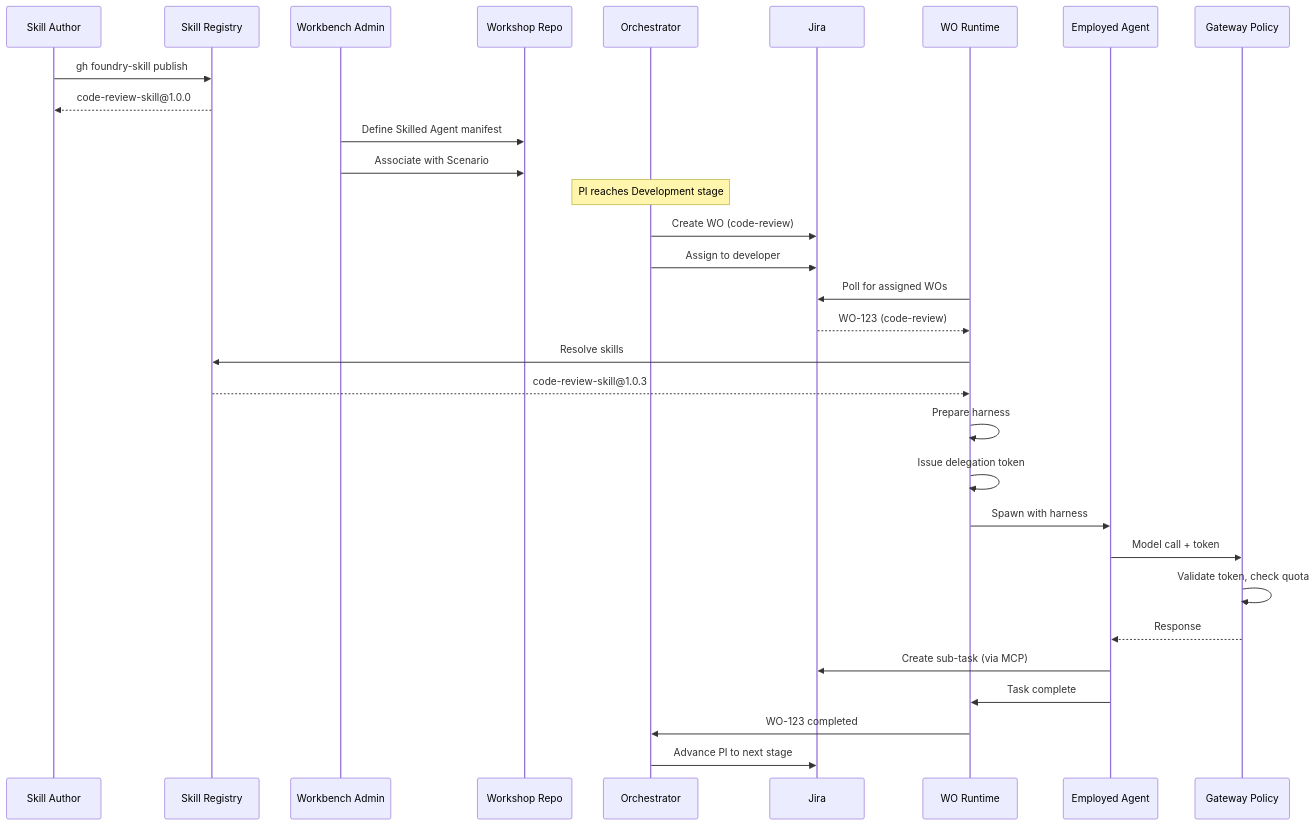
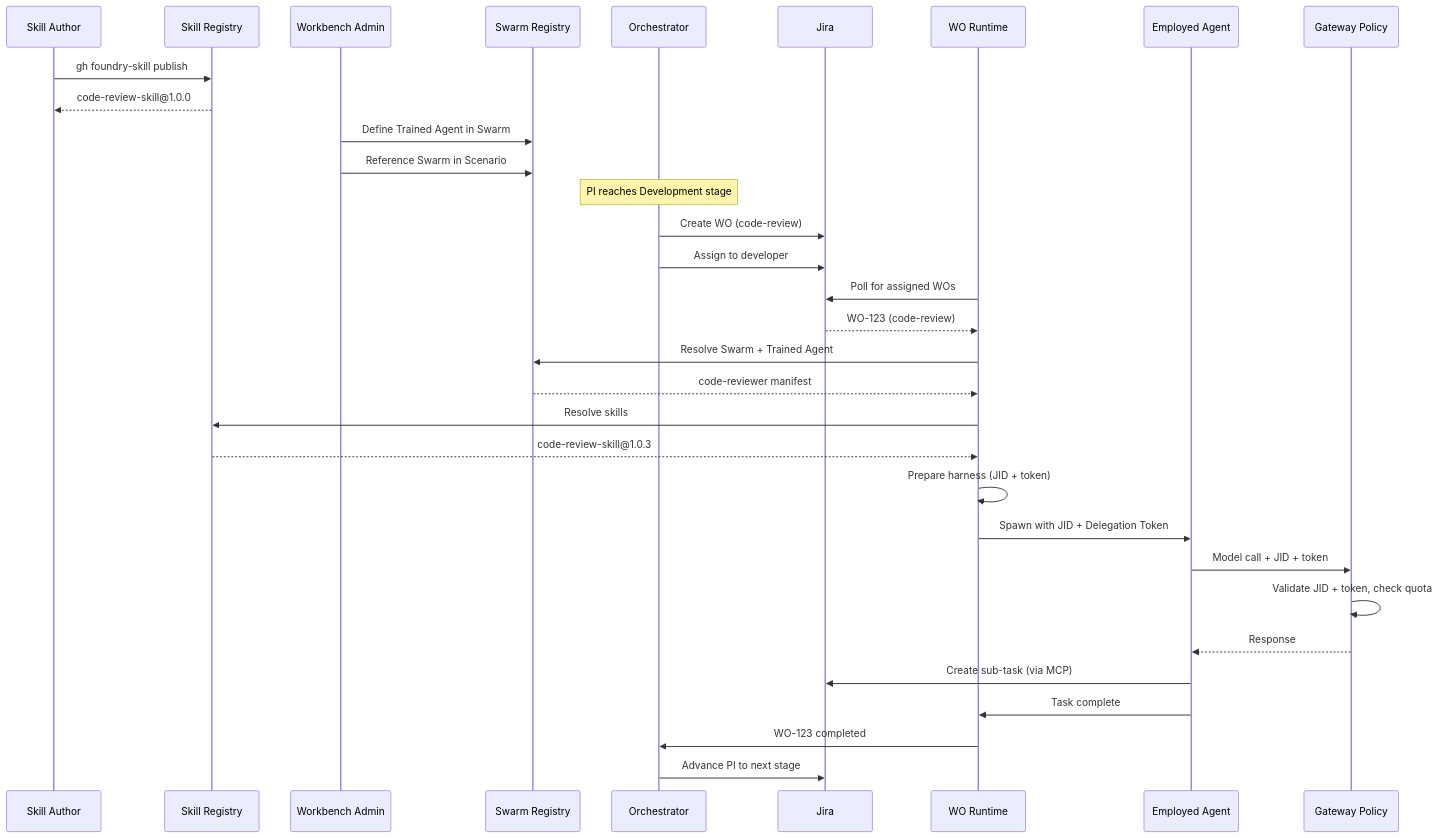
The second of 2 diagrams in foundry/foundry-platform/agent-fabric/user-guide/agent-lifecycle.md (gramki/temp-website), drawn with Mermaid before and after one commit. The commit also changed other lines of this file and 10 other files, not shown here.

First line of the commit message:
docs(agent-fabric): update guides with Swarm and terminology changes

````diff
--- a/foundry/foundry-platform/agent-fabric/user-guide/agent-lifecycle.md
+++ b/foundry/foundry-platform/agent-fabric/user-guide/agent-lifecycle.md
@@ -426,42 +440,44 @@
 ```mermaid
 sequenceDiagram
     participant Author as Skill Author
     participant Registry as Skill Registry
     participant Admin as Workbench Admin
-    participant Workshop as Workshop Repo
+    participant Swarms as Swarm Registry
     participant Orch as Orchestrator
     participant Jira as Jira
     participant WOR as WO Runtime
     participant Agent as Employed Agent
     participant Gateway as Gateway Policy
 
     Author->>Registry: gh foundry-skill publish
     Registry-->>Author: code-review-skill@1.0.0
 
-    Admin->>Workshop: Define Skilled Agent manifest
-    Admin->>Workshop: Associate with Scenario
+    Admin->>Swarms: Define Trained Agent in Swarm
+    Admin->>Swarms: Reference Swarm in Scenario
 
     Note over Orch: PI reaches Development stage
     Orch->>Jira: Create WO (code-review)
     Orch->>Jira: Assign to developer
 
     WOR->>Jira: Poll for assigned WOs
     Jira-->>WOR: WO-123 (code-review)
     
+    WOR->>Swarms: Resolve Swarm + Trained Agent
+    Swarms-->>WOR: code-reviewer manifest
+    
     WOR->>Registry: Resolve skills
     Registry-->>WOR: code-review-skill@1.0.3
     
-    WOR->>WOR: Prepare harness
-    WOR->>WOR: Issue delegation token
-    WOR->>Agent: Spawn with harness
+    WOR->>WOR: Prepare harness (JID + token)
+    WOR->>Agent: Spawn with JID + Delegation Token
 
-    Agent->>Gateway: Model call + token
-    Gateway->>Gateway: Validate token, check quota
+    Agent->>Gateway: Model call + JID + token
+    Gateway->>Gateway: Validate JID + token, check quota
     Gateway-->>Agent: Response
 
     Agent->>Jira: Create sub-task (via MCP)
     Agent->>WOR: Task complete
 
     WOR->>Orch: WO-123 completed
     Orch->>Jira: Advance PI to next stage
 ```
````
